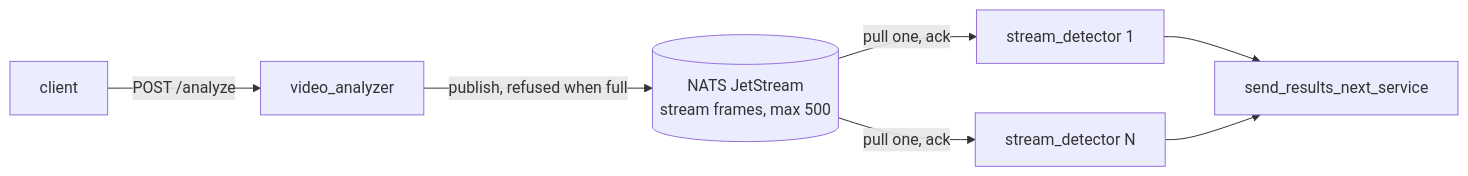
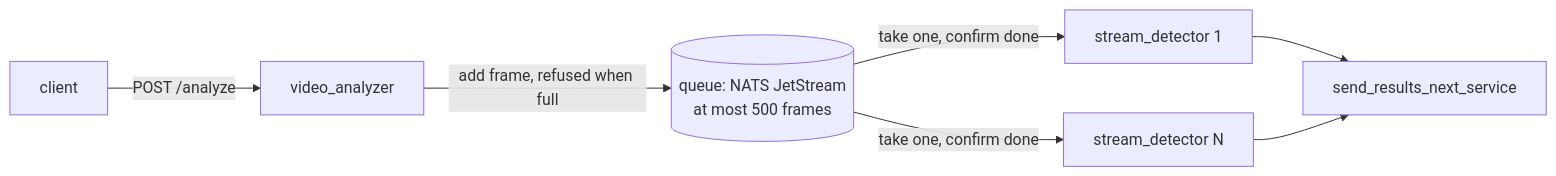
The diagram in README.md (oh-srsly/cors), drawn with Mermaid before and after one commit. The commit also changed other lines of this file, not shown here.

````diff
--- a/README.md
+++ b/README.md
@@ -5,8 +5,8 @@
 ```mermaid
 flowchart LR
     C[client] -- POST /analyze --> A[video_analyzer]
-    A -- publish, refused when full --> Q[(NATS JetStream<br/>stream frames, max 500)]
-    Q -- pull one, ack --> D1[stream_detector 1]
-    Q -- pull one, ack --> D2[stream_detector N]
+    A -- add frame, refused when full --> Q[(queue: NATS JetStream<br/>at most 500 frames)]
+    Q -- take one, confirm done --> D1[stream_detector 1]
+    Q -- take one, confirm done --> D2[stream_detector N]
     D1 & D2 --> S[send_results_next_service]
 ```
````
